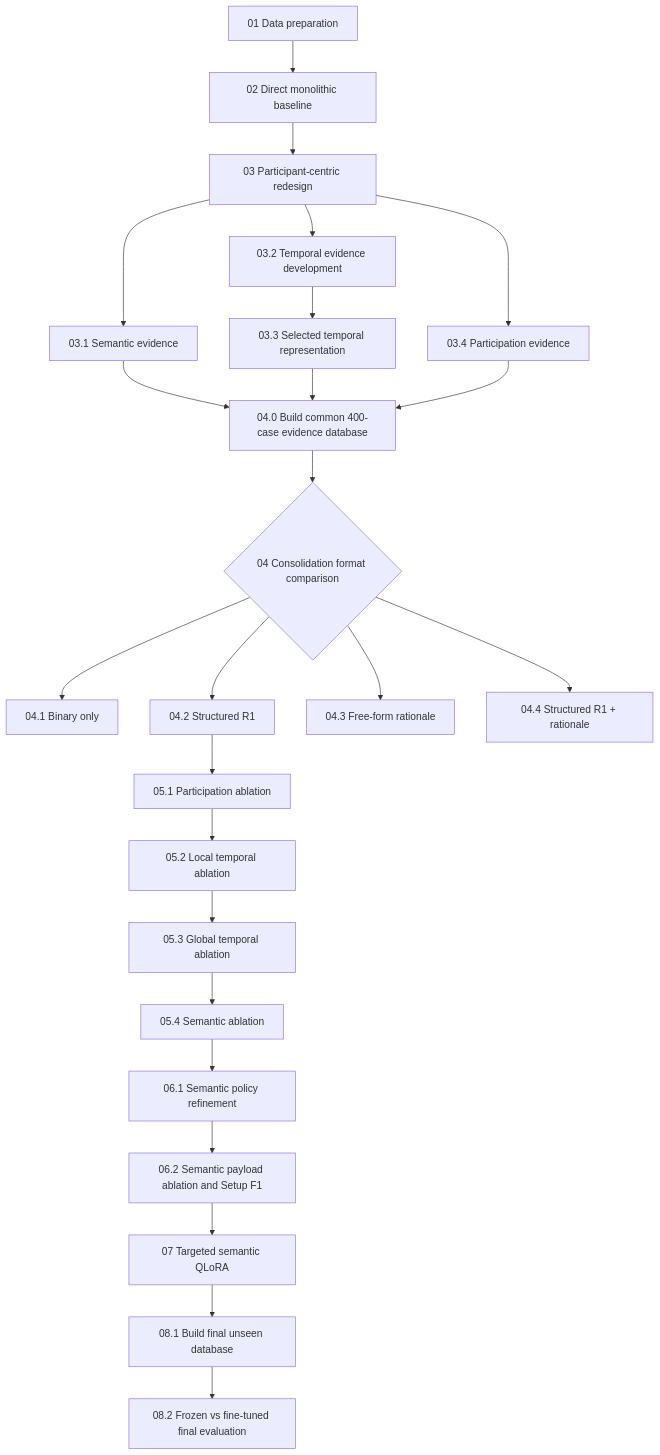
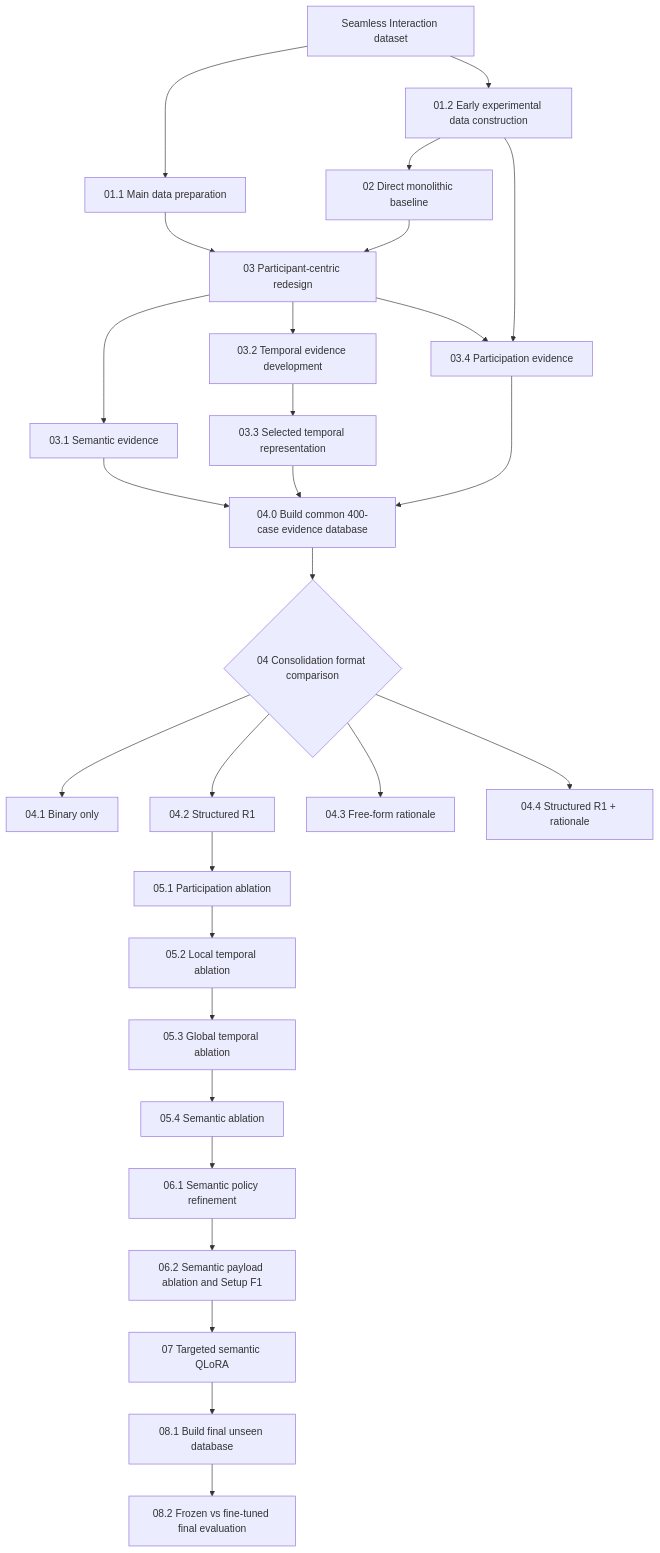
The diagram in README.md (paraskevasvga/Thesis-participant-centric-conversation-anomaly-detection), drawn with Mermaid before and after one commit. The commit also changed other lines of this file and 1 other file, not shown here.

Commit message:
Add early dataset construction notebook and update pipeline map

````diff
--- a/README.md
+++ b/README.md
@@ -21,37 +21,45 @@
 ```mermaid
 flowchart TD
 
-    A["01 Data preparation"] --> B["02 Direct monolithic baseline"]
+    D["Seamless Interaction dataset"]
+
+    D --> A1["01.1 Main data preparation"]
+    D --> A2["01.2 Early experimental data construction"]
+
+    A2 --> B["02 Direct monolithic baseline"]
 
     B --> C["03 Participant-centric redesign"]
+    A1 --> C
 
     C --> S["03.1 Semantic evidence"]
     C --> T1["03.2 Temporal evidence development"]
     C --> P["03.4 Participation evidence"]
+
+    A2 --> P
 
     T1 --> T2["03.3 Selected temporal representation"]
 
     S --> DB["04.0 Build common 400-case evidence database"]
     T2 --> DB
     P --> DB
 
     DB --> CF{"04 Consolidation format comparison"}
 
     CF --> C1["04.1 Binary only"]
     CF --> C2["04.2 Structured R1"]
     CF --> C3["04.3 Free-form rationale"]
     CF --> C4["04.4 Structured R1 + rationale"]
 
-    C2 --> A1["05.1 Participation ablation"]
-    A1 --> A2["05.2 Local temporal ablation"]
-    A2 --> A3["05.3 Global temporal ablation"]
-    A3 --> A4["05.4 Semantic ablation"]
+    C2 --> ABL1["05.1 Participation ablation"]
+    ABL1 --> ABL2["05.2 Local temporal ablation"]
+    ABL2 --> ABL3["05.3 Global temporal ablation"]
+    ABL3 --> ABL4["05.4 Semantic ablation"]
 
-    A4 --> R["06.1 Semantic policy refinement"]
+    ABL4 --> R["06.1 Semantic policy refinement"]
     R --> F1["06.2 Semantic payload ablation and Setup F1"]
 
     F1 --> FT["07 Targeted semantic QLoRA"]
 
     FT --> U1["08.1 Build final unseen database"]
     U1 --> U2["08.2 Frozen vs fine-tuned final evaluation"]
 ```
````
